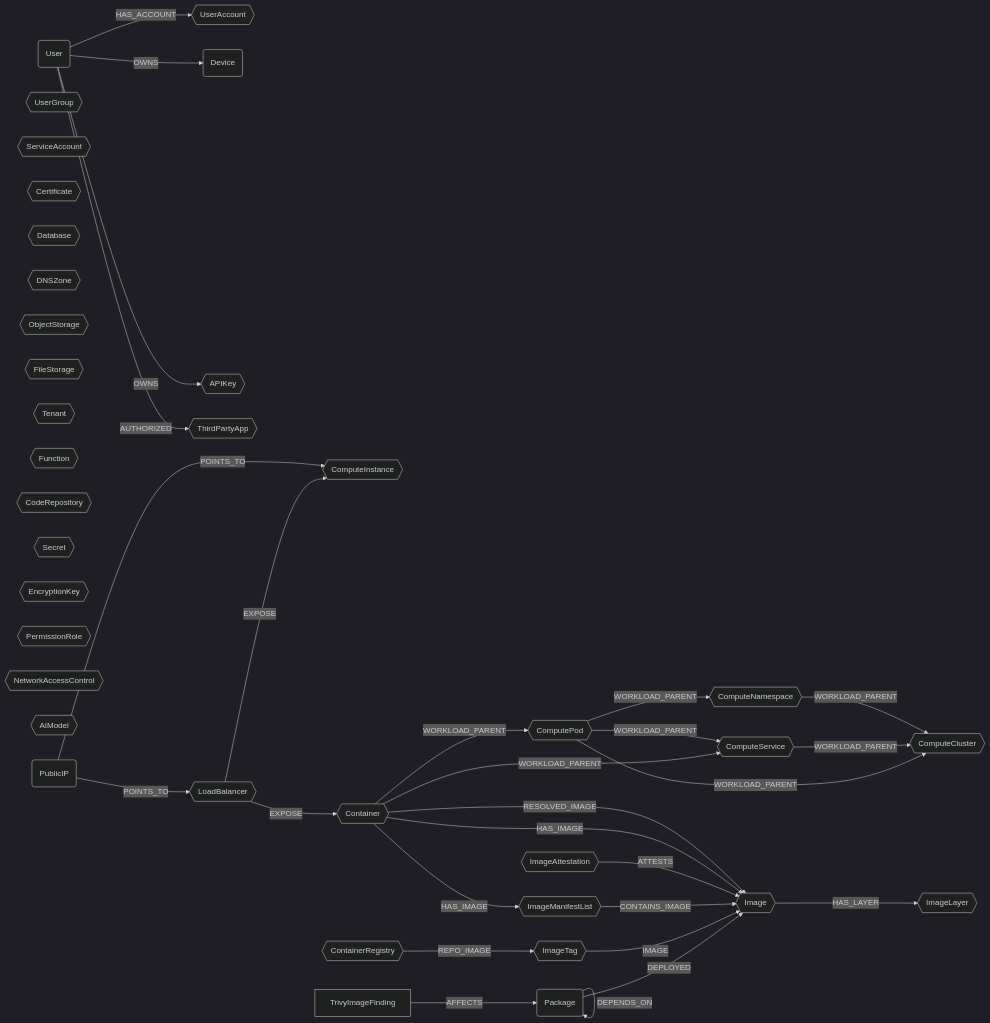
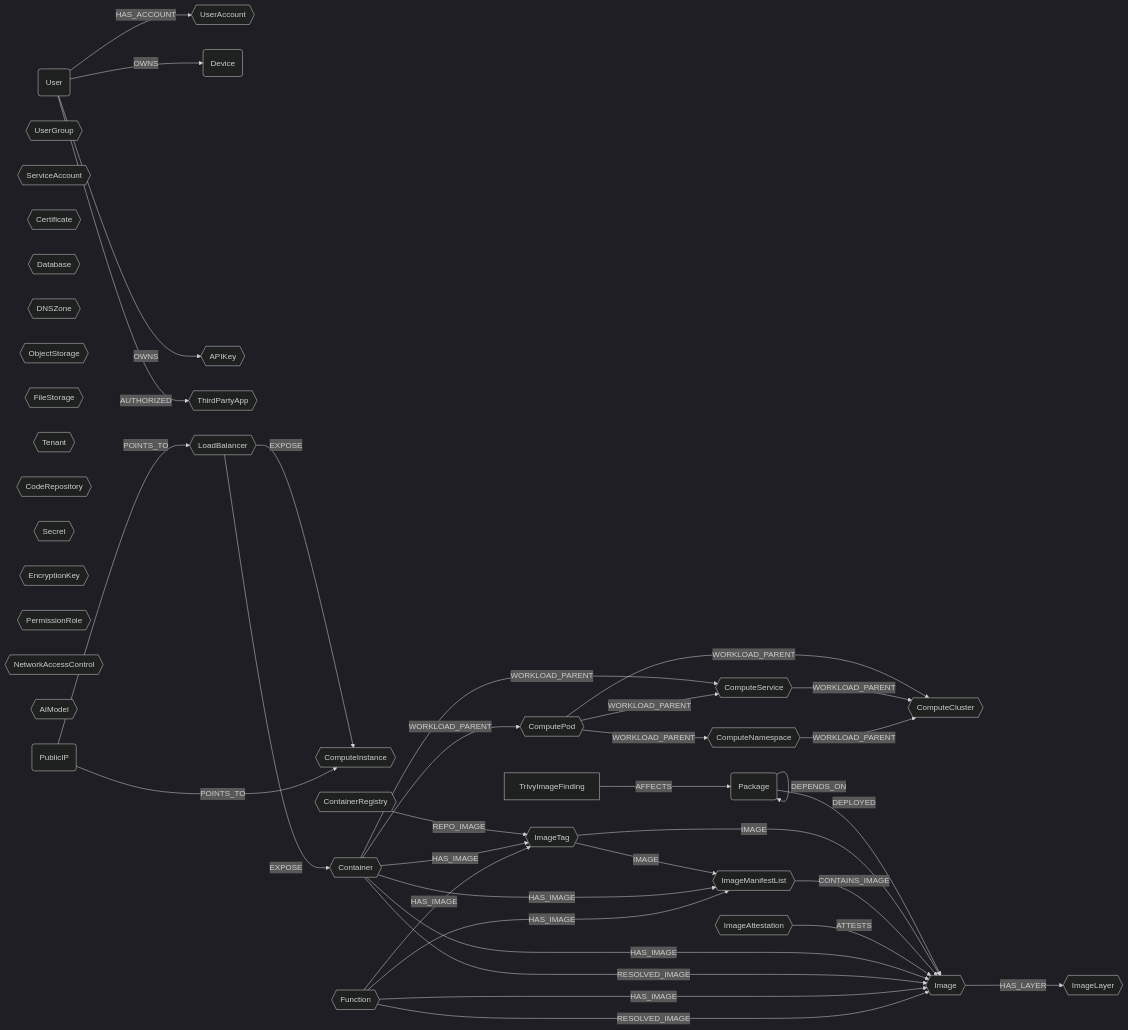
Before and after one commit to cartography-cncf/cartography: the diagram in docs/root/modules/ontology/schema.md, drawn with Mermaid (dark theme). The commit also changed other lines of this file and 2 other files, not shown here.

Commit message:
Support resolving image tags in ontology analysis

````diff
--- a/docs/root/modules/ontology/schema.md
+++ b/docs/root/modules/ontology/schema.md
@@ -6,49 +6,55 @@
 ```mermaid
 graph LR
 
 U(User) -- HAS_ACCOUNT --> UA{{UserAccount}}
 U -- OWNS --> CC(Device)
 U -- OWNS --> AK{{APIKey}}
 U -- AUTHORIZED --> OA{{ThirdPartyApp}}
 UG{{UserGroup}}
 SA{{ServiceAccount}}
 CERT{{Certificate}}
 LB{{LoadBalancer}} -- EXPOSE --> CI{{ComputeInstance}}
 LB{{LoadBalancer}} -- EXPOSE --> CT{{Container}}
 CL{{ComputeCluster}}
 CS{{ComputeService}}
 CNS{{ComputeNamespace}}
 CP{{ComputePod}}
 CT -- WORKLOAD_PARENT --> CP
 CT -- WORKLOAD_PARENT --> CS
 CP -- WORKLOAD_PARENT --> CS
 CP -- WORKLOAD_PARENT --> CNS
 CP -- WORKLOAD_PARENT --> CL
 CS -- WORKLOAD_PARENT --> CL
 CNS -- WORKLOAD_PARENT --> CL
 DB{{Database}}
 DZ{{DNSZone}}
 OS{{ObjectStorage}}
 FS{{FileStorage}}
 TN{{Tenant}}
 FN{{Function}}
 REPO{{CodeRepository}}
 SC{{Secret}}
 EK{{EncryptionKey}}
 PR{{PermissionRole}}
 NAC{{NetworkAccessControl}}
 AIM{{AIModel}}
 PIP(PublicIP) -- POINTS_TO --> LB
 PIP -- POINTS_TO --> CI
 PKG(Package) -- DEPLOYED --> IM{{Image}}
 PKG -- DEPENDS_ON --> PKG
 F[TrivyImageFinding] -- AFFECTS --> PKG
 CR{{ContainerRegistry}} -- REPO_IMAGE --> IT{{ImageTag}}
 IT -- IMAGE --> IM
+IT -- IMAGE --> IML
 IML{{ImageManifestList}} -- CONTAINS_IMAGE --> IM
 IA{{ImageAttestation}} -- ATTESTS --> IM
 IM -- HAS_LAYER --> IL{{ImageLayer}}
 CT -- HAS_IMAGE --> IM
 CT -- HAS_IMAGE --> IML
+CT -- HAS_IMAGE --> IT
 CT -- RESOLVED_IMAGE --> IM
+FN -- HAS_IMAGE --> IM
+FN -- HAS_IMAGE --> IML
+FN -- HAS_IMAGE --> IT
+FN -- RESOLVED_IMAGE --> IM
 ```
````
